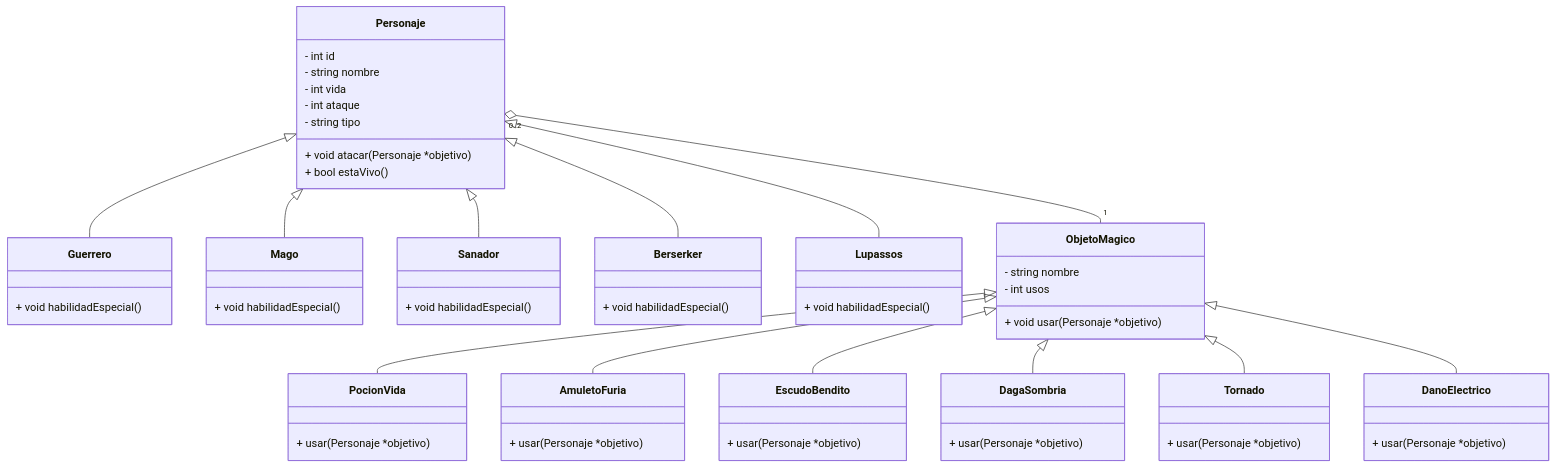
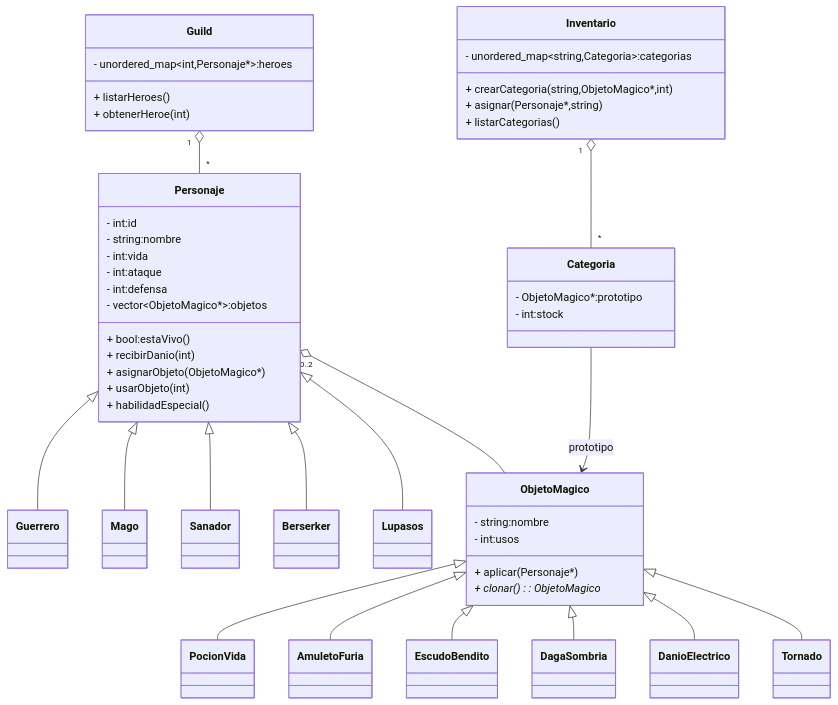
The second of 3 diagrams in README.md (300CIS017-Object-Oriented-Programming/proyectofinal20252-el-gran-torneo-de-la-arena-proyecto_manuelr_lupim), drawn with Mermaid before and after one commit. The commit also changed other lines of this file, not shown here.

````diff
--- a/README.md
+++ b/README.md
@@ -231,91 +225,62 @@
 ```mermaid
-
 classDiagram
-    
-    %% =======================
-    %%       PERSONAJE
-    %% =======================
+%% ========= UML 2: Version Ajustada (Heroes + Objetos) =========
 
     class Personaje {
-        - int id
-        - string nombre
-        - int vida
-        - int ataque
-        - string tipo
-        + void atacar(Personaje *objetivo)
-        + bool estaVivo()
+        - int:id
+        - string:nombre
+        - int:vida
+        - int:ataque
+        - int:defensa
+        - vector~ObjetoMagico*~:objetos
+        + bool:estaVivo()
+        + recibirDanio(int)
+        + asignarObjeto(ObjetoMagico*)
+        + usarObjeto(int)
+        + habilidadEspecial()
     }
 
-    %% Herencias
     Personaje <|-- Guerrero
     Personaje <|-- Mago
     Personaje <|-- Sanador
     Personaje <|-- Berserker
-    Personaje <|-- Lupassos
+    Personaje <|-- Lupasos
 
-    class Guerrero {
-        + void habilidadEspecial()
+    class ObjetoMagico {
+        - string:nombre
+        - int:usos
+        + aplicar(Personaje*)
+        + clonar(): ObjetoMagico*
     }
 
-    class Mago {
-        + void habilidadEspecial()
-    }
-
-    class Sanador {
-        + void habilidadEspecial()
-    }
-
-    class Berserker {
-        + void habilidadEspecial()
-    }
-
-    class Lupassos {
-        + void habilidadEspecial()
-    }
-
-    %% =======================
-    %%   OBJETO MAGICO BASE
-    %% =======================
-
-    class ObjetoMagico {
-        - string nombre
-        - int usos
-        + void usar(Personaje *objetivo)
-    }
-
-    %% Herencias de objetos mágicos
     ObjetoMagico <|-- PocionVida
     ObjetoMagico <|-- AmuletoFuria
     ObjetoMagico <|-- EscudoBendito
     ObjetoMagico <|-- DagaSombria
+    ObjetoMagico <|-- DanioElectrico
     ObjetoMagico <|-- Tornado
-    ObjetoMagico <|-- DanoElectrico
 
-    class PocionVida {
-        + usar(Personaje *objetivo)
+    class Categoria {
+        - ObjetoMagico*:prototipo
+        - int:stock
     }
 
-    class AmuletoFuria {
-        + usar(Personaje *objetivo)
+    class Inventario {
+        - unordered_map~string,Categoria~:categorias
+        + crearCategoria(string,ObjetoMagico*,int)
+        + asignar(Personaje*,string)
+        + listarCategorias()
     }
 
-    class EscudoBendito {
-        + usar(Personaje *objetivo)
+    class Guild {
+        - unordered_map~int,Personaje*~:heroes
+        + listarHeroes()
+        + obtenerHeroe(int)
     }
 
-    class DagaSombria {
-        + usar(Personaje *objetivo)
-    }
+Guild "1" o-- "*" Personaje
+Categoria --> ObjetoMagico : prototipo
+Inventario "1" o-- "*" Categoria
+Personaje "0..2" o-- ObjetoMagico
 
-    class Tornado {
-        + usar(Personaje *objetivo)
-    }
-
-    class DanoElectrico {
-        + usar(Personaje *objetivo)
-    }
-
-    %% Relación general:
-    Personaje "0..2" o-- "1" ObjetoMagico
-    
 ```
````
